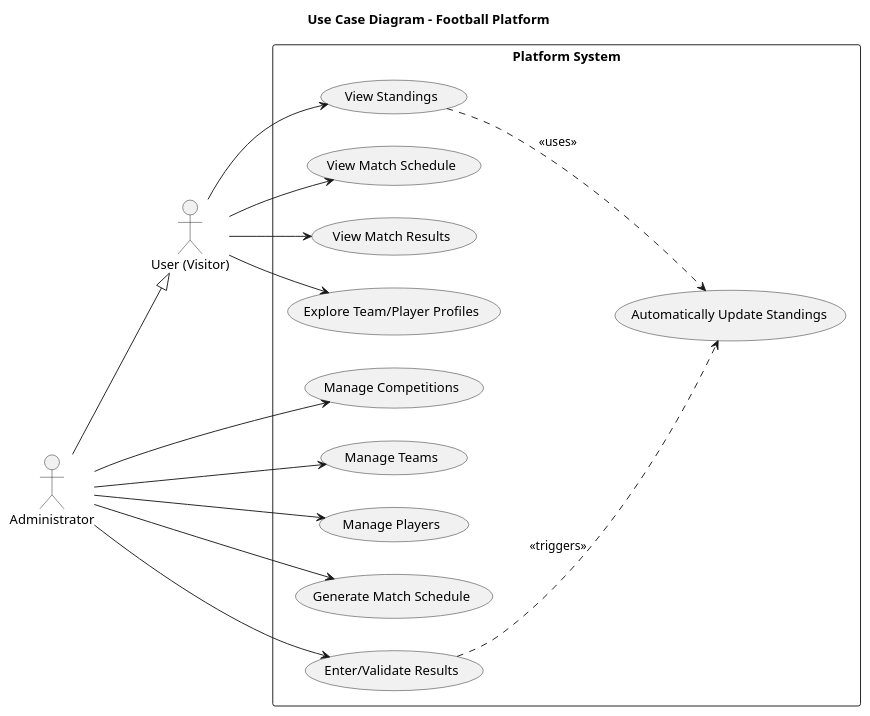
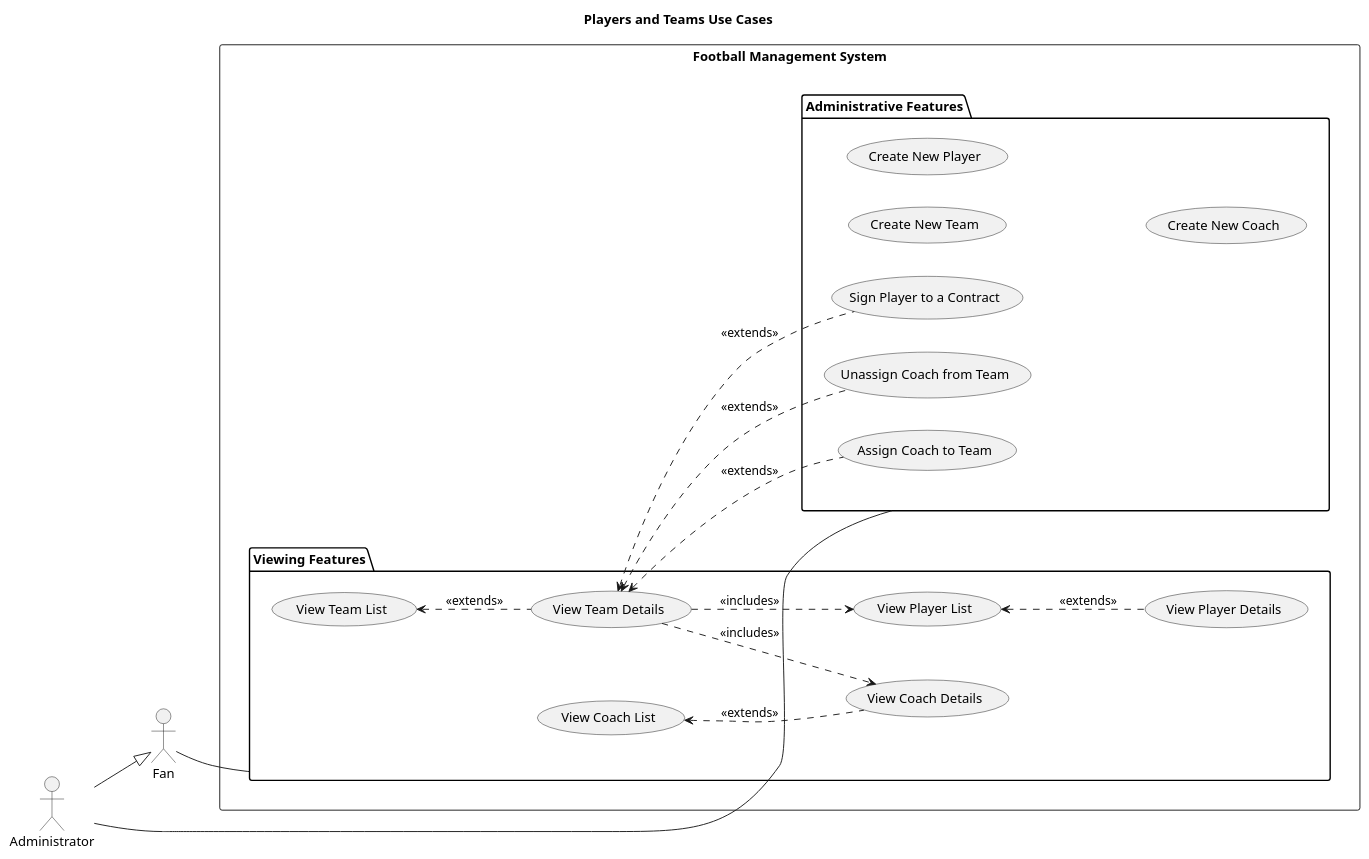
The diagram in docs/use-cases.puml (EduardDumitrescul/amss-football-score-watcher), drawn with PlantUML before and after one commit. The commit also changed 1 other file, not shown here.

Commit message:
feat: Add interaction diagrams for Team Details and Use Cases; enhance role separation and viewing features

```diff
--- a/docs/use-cases.puml
+++ b/docs/use-cases.puml
@@ -1,43 +1,49 @@
 @startuml
-title Use Case Diagram - Football Platform
+title "Players and Teams Use Cases"
 
 left to right direction
 
-actor "User (Visitor)" as User
-actor "Administrator" as Admin
+actor "Fan"
+actor "Administrator"
 
-rectangle "Platform System" {
-  usecase "View Standings" as UC_ViewStandings
-  usecase "View Match Schedule" as UC_ViewSchedule
-  usecase "View Match Results" as UC_ViewResults
-  usecase "Explore Team/Player Profiles" as UC_ViewProfiles
+Administrator --|> Fan
 
-  usecase "Manage Competitions" as UC_ManageComp
-  usecase "Manage Teams" as UC_ManageTeams
-  usecase "Manage Players" as UC_ManagePlayers
-  usecase "Generate Match Schedule" as UC_GenerateSchedule
-  usecase "Enter/Validate Results" as UC_EnterResults
-  usecase "Automatically Update Standings" as UC_CalcStandings
+rectangle "Football Management System" {
+  
+  package "Viewing Features" {
+    usecase "View Team List" as UC_ViewTeams
+    usecase "View Team Details" as UC_ViewTeamDetail
+    usecase "View Player List" as UC_ViewPlayers
+    usecase "View Player Details" as UC_ViewPlayerDetail
+    usecase "View Coach List" as UC_ViewCoaches
+    usecase "View Coach Details" as UC_ViewCoachDetail
+  }
+
+  package "Administrative Features" {
+    usecase "Create New Team" as UC_CreateTeam
+    usecase "Create New Player" as UC_CreatePlayer
+    usecase "Create New Coach" as UC_CreateCoach
+    usecase "Sign Player to a Contract" as UC_SignContract
+    usecase "Assign Coach to Team" as UC_AssignCoach
+    usecase "Unassign Coach from Team" as UC_UnassignCoach
+  }
 }
 
-' User Relationships (Read-Only)
-User --> UC_ViewStandings
-User --> UC_ViewSchedule
-User --> UC_ViewResults
-User --> UC_ViewProfiles
 
-' The Administrator inherits all viewing rights
-Admin --|> User
+Fan -- (Viewing Features)
 
-' Administrator Relationships (Full Control)
-Admin --> UC_ManageComp
-Admin --> UC_ManageTeams
-Admin --> UC_ManagePlayers
-Admin --> UC_GenerateSchedule
-Admin --> UC_EnterResults
+Administrator -- (Administrative Features)
 
-' Internal Business Logic
-UC_EnterResults ..> UC_CalcStandings : <<triggers>>
-UC_ViewStandings ..> UC_CalcStandings : <<uses>>
+
+UC_ViewTeamDetail .up.> UC_ViewTeams : <<extends>>
+UC_ViewPlayerDetail .up.> UC_ViewPlayers : <<extends>>
+UC_ViewCoachDetail .up.> UC_ViewCoaches : <<extends>>
+
+UC_ViewTeamDetail ..> UC_ViewCoachDetail : <<includes>>
+UC_ViewTeamDetail ..> UC_ViewPlayers : <<includes>>
+
+UC_AssignCoach .up.> UC_ViewTeamDetail : <<extends>>
+UC_UnassignCoach .up.> UC_ViewTeamDetail : <<extends>>
+UC_SignContract .up.> UC_ViewTeamDetail : <<extends>>
 
 @enduml
```
